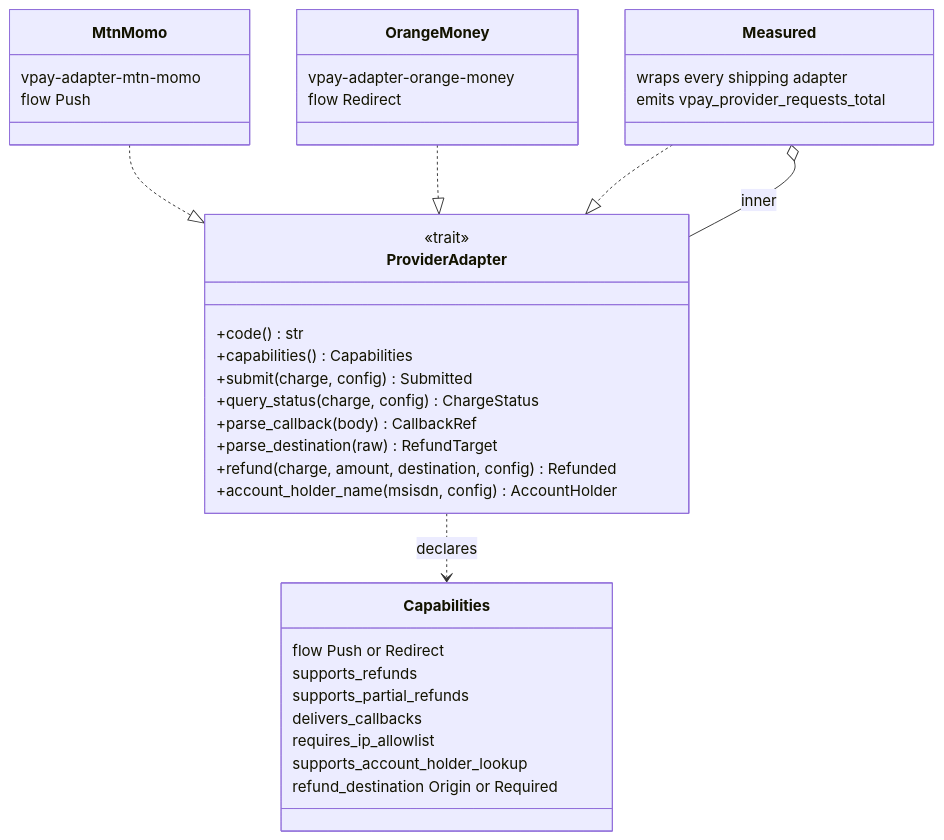
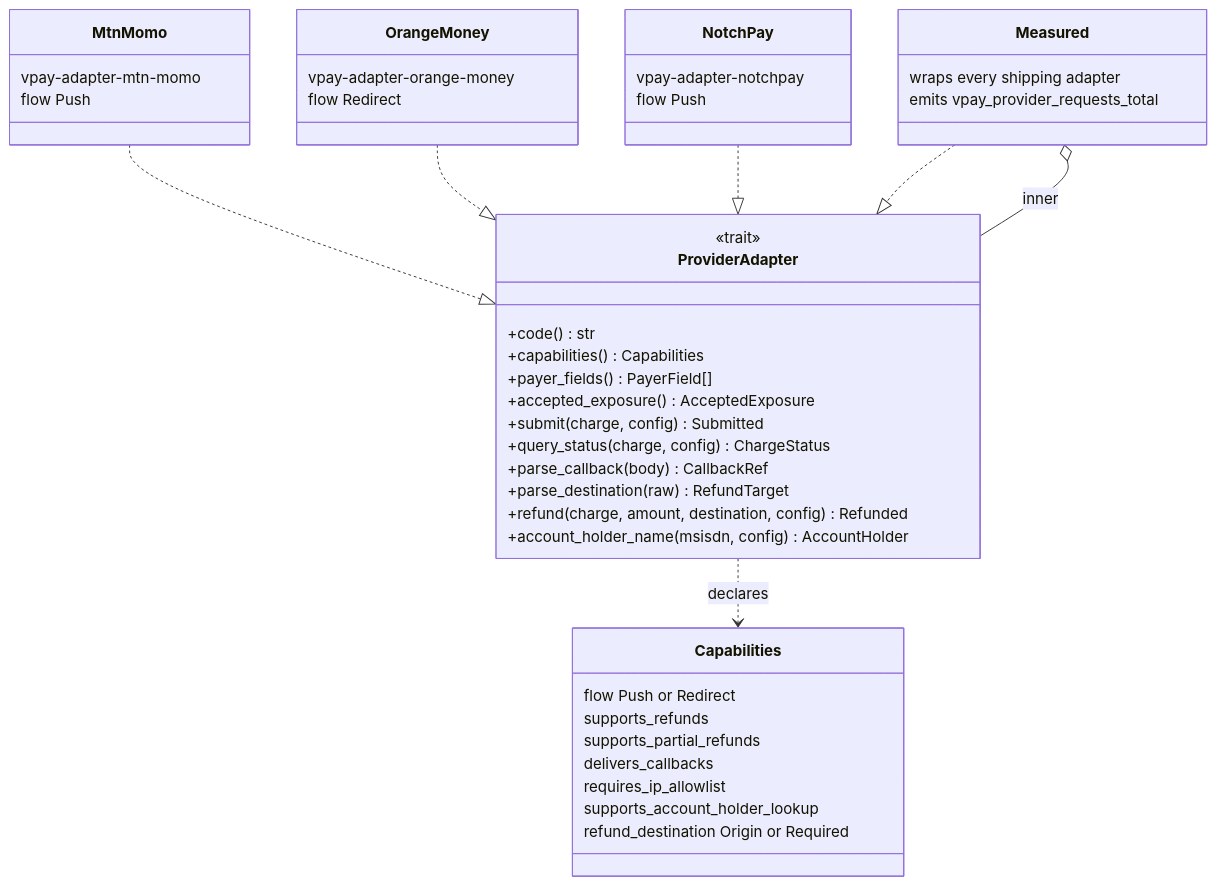
The first of 3 diagrams in docs/rails/provider-port.md (vaam-apps/vpay-docs), drawn with Mermaid before and after one commit. The commit also changed other lines of this file and 36 other files, not shown here.

````diff
--- a/docs/rails/provider-port.md
+++ b/docs/rails/provider-port.md
@@ -47,40 +49,47 @@
 ```mermaid
 classDiagram
     class ProviderAdapter {
         <<trait>>
         +code() str
         +capabilities() Capabilities
+        +payer_fields() PayerField[]
+        +accepted_exposure() AcceptedExposure
         +submit(charge, config) Submitted
         +query_status(charge, config) ChargeStatus
         +parse_callback(body) CallbackRef
         +parse_destination(raw) RefundTarget
         +refund(charge, amount, destination, config) Refunded
         +account_holder_name(msisdn, config) AccountHolder
     }
     class Capabilities {
         flow Push or Redirect
         supports_refunds
         supports_partial_refunds
         delivers_callbacks
         requires_ip_allowlist
         supports_account_holder_lookup
         refund_destination Origin or Required
     }
     class Measured {
         wraps every shipping adapter
         emits vpay_provider_requests_total
     }
     class MtnMomo {
         vpay-adapter-mtn-momo
         flow Push
     }
     class OrangeMoney {
         vpay-adapter-orange-money
         flow Redirect
     }
+    class NotchPay {
+        vpay-adapter-notchpay
+        flow Push
+    }
     ProviderAdapter ..> Capabilities : declares
     MtnMomo ..|> ProviderAdapter
     OrangeMoney ..|> ProviderAdapter
+    NotchPay ..|> ProviderAdapter
     Measured ..|> ProviderAdapter
     Measured o-- ProviderAdapter : inner
 ```
````
